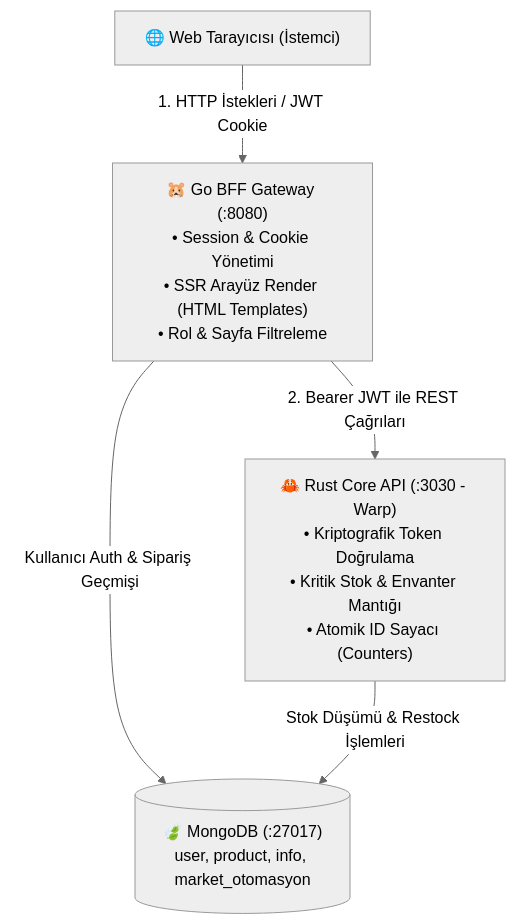
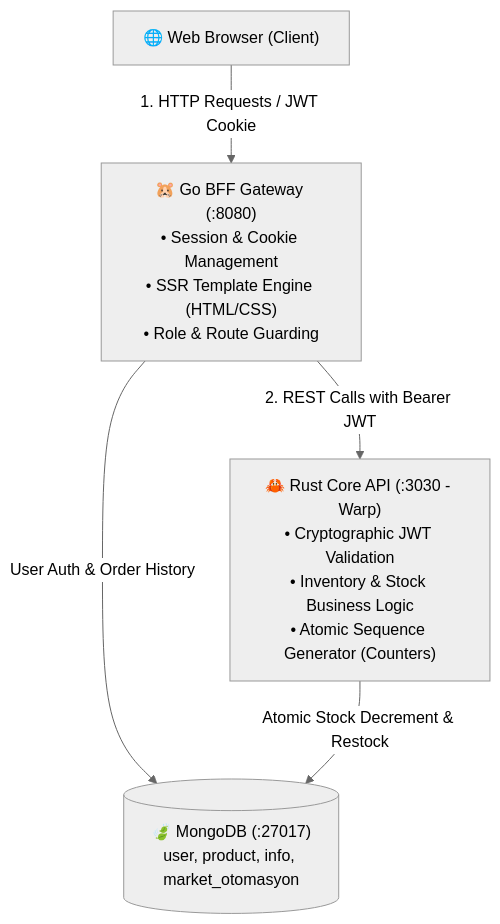
The diagram in README.md (Ulas-Dursun/stok_otomasyon), drawn with Mermaid (neutral theme) before and after one commit. The commit also changed other lines of this file and 1 other file, not shown here.

Commit message:
docs: translate README to professional English and add .gitattributes to hide HTML/CSS from language stats

````diff
--- a/README.md
+++ b/README.md
@@ -28,9 +28,9 @@
 ```mermaid
 flowchart TD
-    Client["🌐 Web Tarayıcısı (İstemci)"] -->|1. HTTP İstekleri / JWT Cookie| GoBFF["🐹 Go BFF Gateway (:8080)<br/>• Session & Cookie Yönetimi<br/>• SSR Arayüz Render (HTML Templates)<br/>• Rol & Sayfa Filtreleme"]
+    Client["🌐 Web Browser (Client)"] -->|1. HTTP Requests / JWT Cookie| GoBFF["🐹 Go BFF Gateway (:8080)<br/>• Session & Cookie Management<br/>• SSR Template Engine (HTML/CSS)<br/>• Role & Route Guarding"]
     
-    GoBFF -->|2. Bearer JWT ile REST Çağrıları| RustCore["🦀 Rust Core API (:3030 - Warp)<br/>• Kriptografik Token Doğrulama<br/>• Kritik Stok & Envanter Mantığı<br/>• Atomik ID Sayacı (Counters)"]
+    GoBFF -->|2. REST Calls with Bearer JWT| RustCore["🦀 Rust Core API (:3030 - Warp)<br/>• Cryptographic JWT Validation<br/>• Inventory & Stock Business Logic<br/>• Atomic Sequence Generator (Counters)"]
     
-    GoBFF -->|Kullanıcı Auth & Sipariş Geçmişi| MongoDB[("🍃 MongoDB (:27017)<br/>user, product, info, market_otomasyon")]
-    RustCore -->|Stok Düşümü & Restock İşlemleri| MongoDB
+    GoBFF -->|User Auth & Order History| MongoDB[("🍃 MongoDB (:27017)<br/>user, product, info, market_otomasyon")]
+    RustCore -->|Atomic Stock Decrement & Restock| MongoDB
 ```
````
